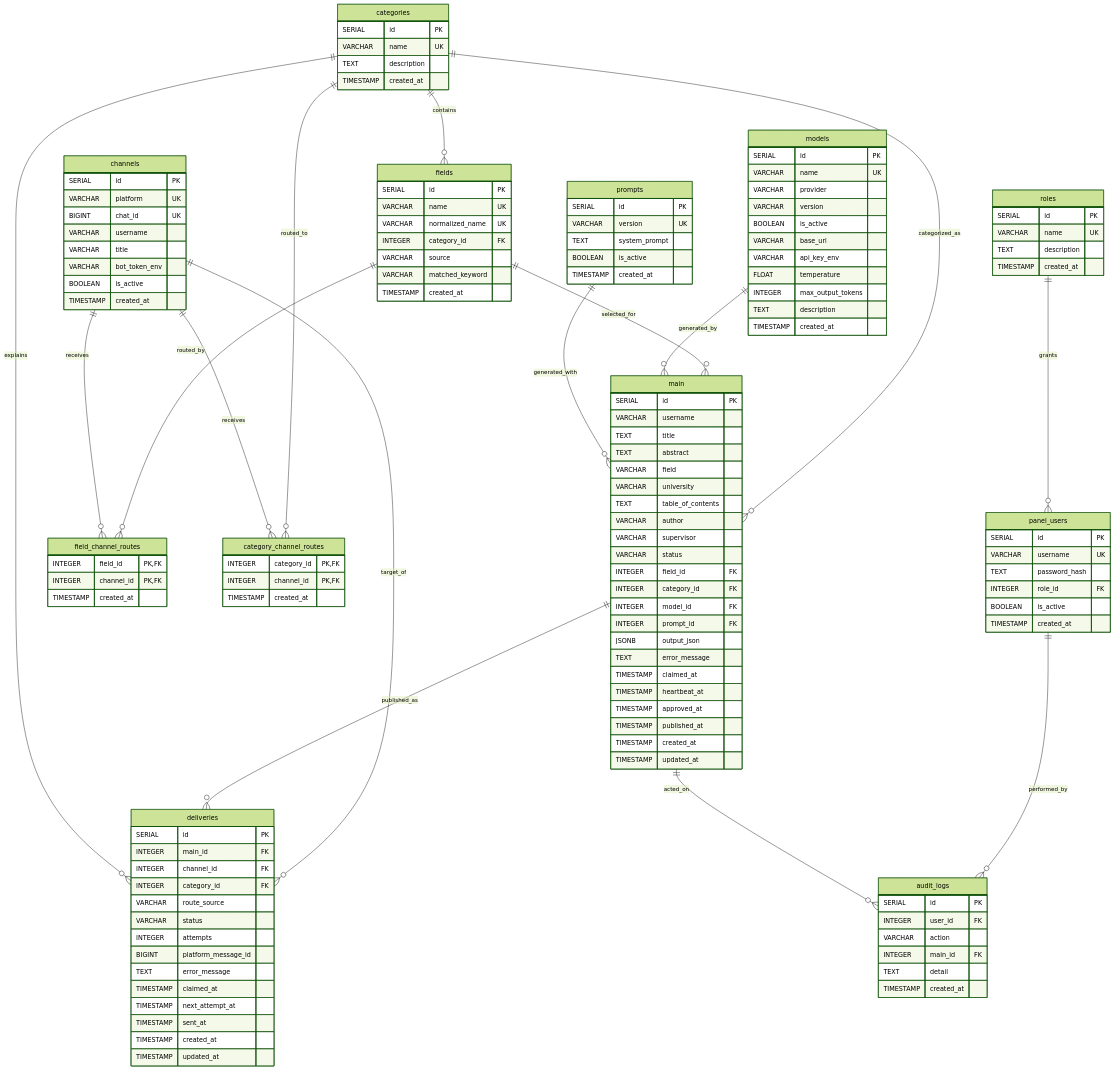
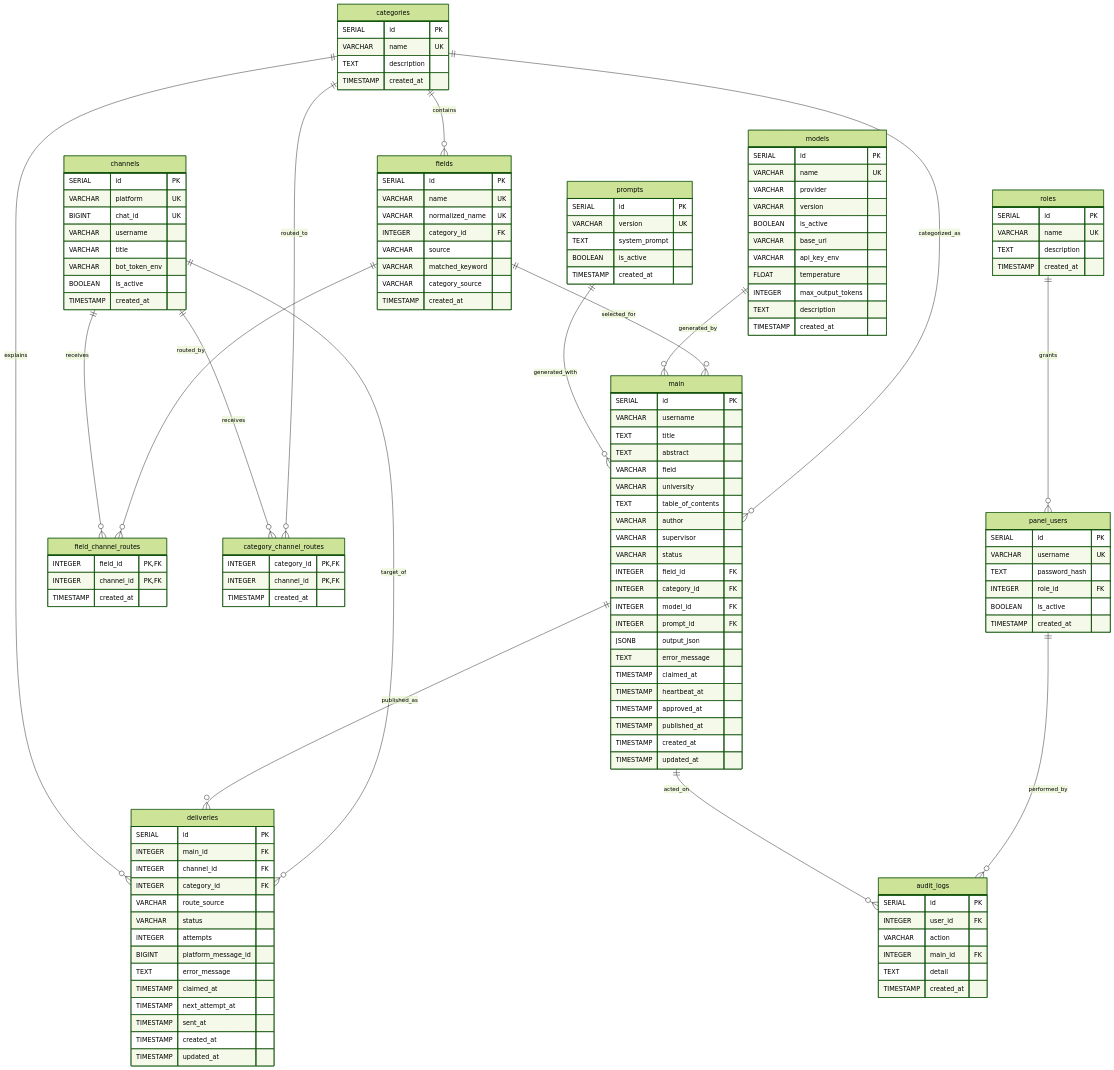
Before and after one commit to MohadeseAnsari/project: the diagram in docs/erd.md, drawn with Mermaid (forest theme). The commit also changed 9 other files, not shown here.

```diff
--- a/docs/erd.md
+++ b/docs/erd.md
@@ -32,6 +32,7 @@
         INTEGER category_id FK
         VARCHAR source
         VARCHAR matched_keyword
+        VARCHAR category_source
         TIMESTAMP created_at
     }
 
```
